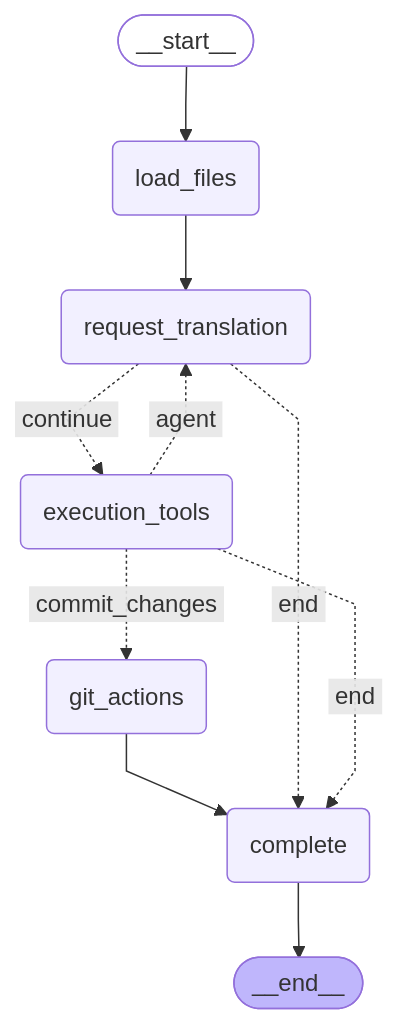
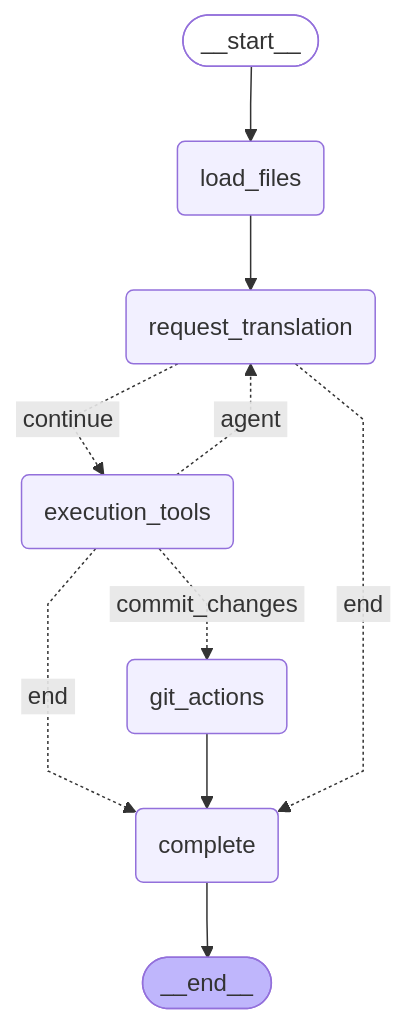
Before and after one commit to flyisland/ai-gateway: the third of 5 diagrams in docs/duo_workflow_service_graphs.md, drawn with Mermaid. The commit also changed other lines of this file and 2 other files, not shown here.

````diff
--- a/docs/duo_workflow_service_graphs.md
+++ b/docs/duo_workflow_service_graphs.md
@@ -140,27 +140,27 @@
 ```mermaid
 ---
 config:
   flowchart:
     curve: linear
 ---
 graph TD;
     __start__([<p>__start__</p>]):::first
     load_files(load_files)
     request_translation(request_translation)
     execution_tools(execution_tools)
     git_actions(git_actions)
     complete(complete)
     __end__([<p>__end__</p>]):::last
     __start__ --> load_files;
-    complete --> __end__;
+    execution_tools -. &nbsp;end&nbsp; .-> complete;
+    execution_tools -. &nbsp;commit_changes&nbsp; .-> git_actions;
+    execution_tools -. &nbsp;agent&nbsp; .-> request_translation;
     git_actions --> complete;
     load_files --> request_translation;
+    request_translation -. &nbsp;end&nbsp; .-> complete;
     request_translation -. &nbsp;continue&nbsp; .-> execution_tools;
-    request_translation -. &nbsp;end&nbsp; .-> complete;
-    execution_tools -. &nbsp;agent&nbsp; .-> request_translation;
-    execution_tools -. &nbsp;end&nbsp; .-> complete;
-    execution_tools -. &nbsp;commit_changes&nbsp; .-> git_actions;
+    complete --> __end__;
     classDef default fill:#f2f0ff,line-height:1.2
     classDef first fill-opacity:0
     classDef last fill:#bfb6fc
 ```
````
